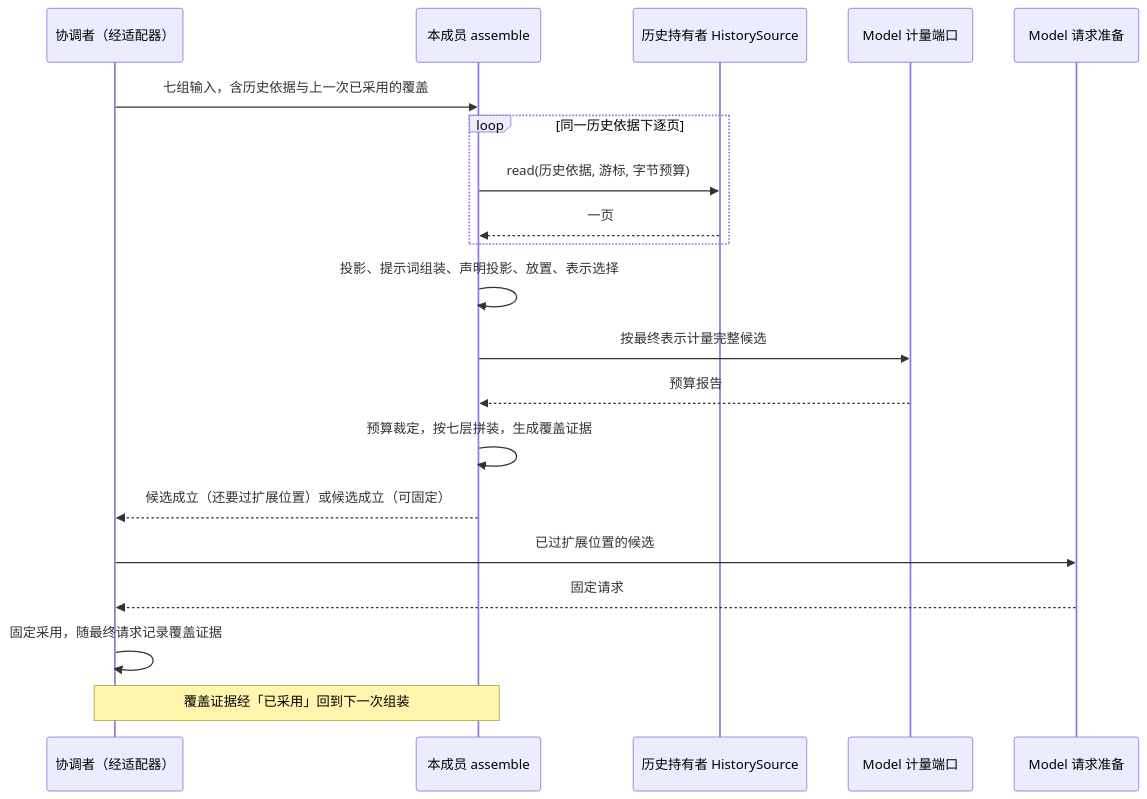
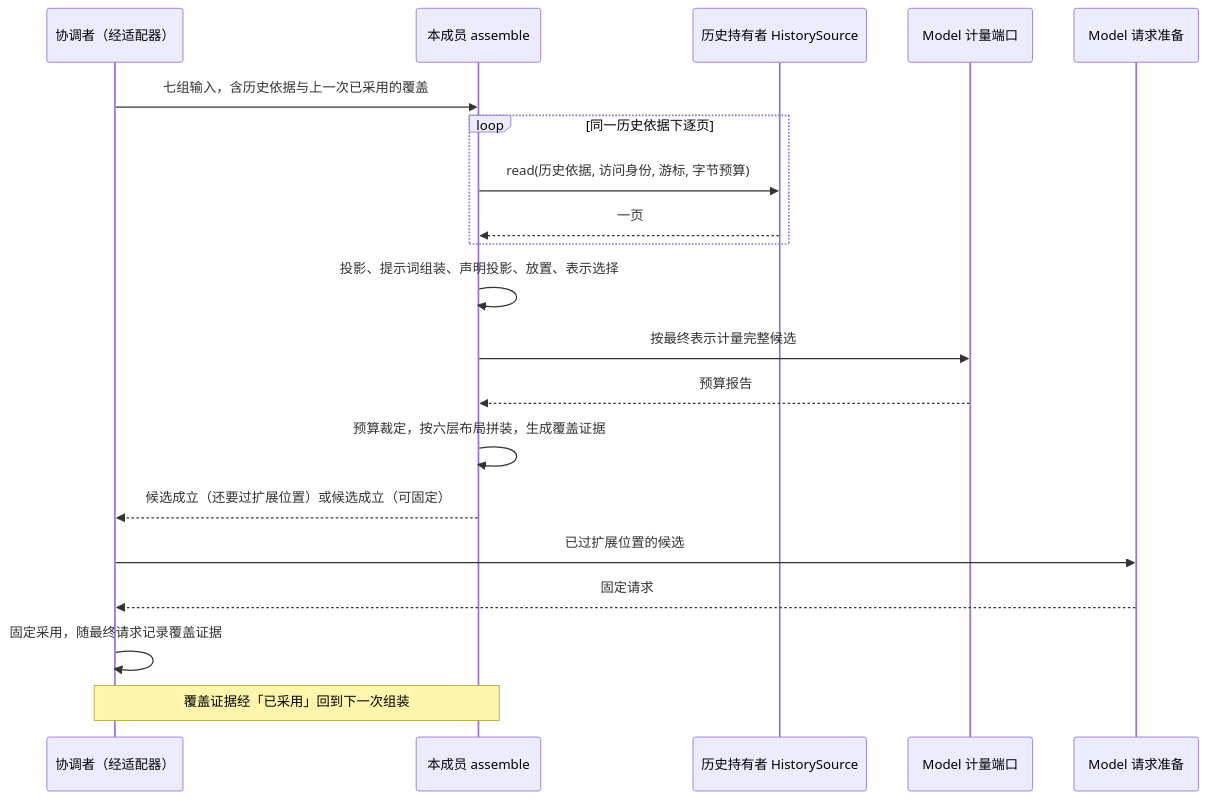
The first of 6 diagrams in packages/context/request-context-contract/docs/flows.md (nemori-ai/omne-harness-lite), drawn with Mermaid before and after one commit. The commit also changed other lines of this file and 70 other files, not shown here.

````diff
--- a/packages/context/request-context-contract/docs/flows.md
+++ b/packages/context/request-context-contract/docs/flows.md
@@ -17,22 +17,22 @@
 ```mermaid
 sequenceDiagram
   participant C as 协调者（经适配器）
   participant A as 本成员 assemble
   participant H as 历史持有者 HistorySource
   participant M as Model 计量端口
   participant P as Model 请求准备
   C->>A: 七组输入，含历史依据与上一次已采用的覆盖
   loop 同一历史依据下逐页
-    A->>H: read(历史依据, 游标, 字节预算)
+    A->>H: read(历史依据, 访问身份, 游标, 字节预算)
     H-->>A: 一页
   end
   A->>A: 投影、提示词组装、声明投影、放置、表示选择
   A->>M: 按最终表示计量完整候选
   M-->>A: 预算报告
-  A->>A: 预算裁定，按七层拼装，生成覆盖证据
+  A->>A: 预算裁定，按六层布局拼装，生成覆盖证据
   A-->>C: 候选成立（还要过扩展位置）或候选成立（可固定）
   C->>P: 已过扩展位置的候选
   P-->>C: 固定请求
   C->>C: 固定采用，随最终请求记录覆盖证据
   Note over C,A: 覆盖证据经「已采用」回到下一次组装
 ```
````
